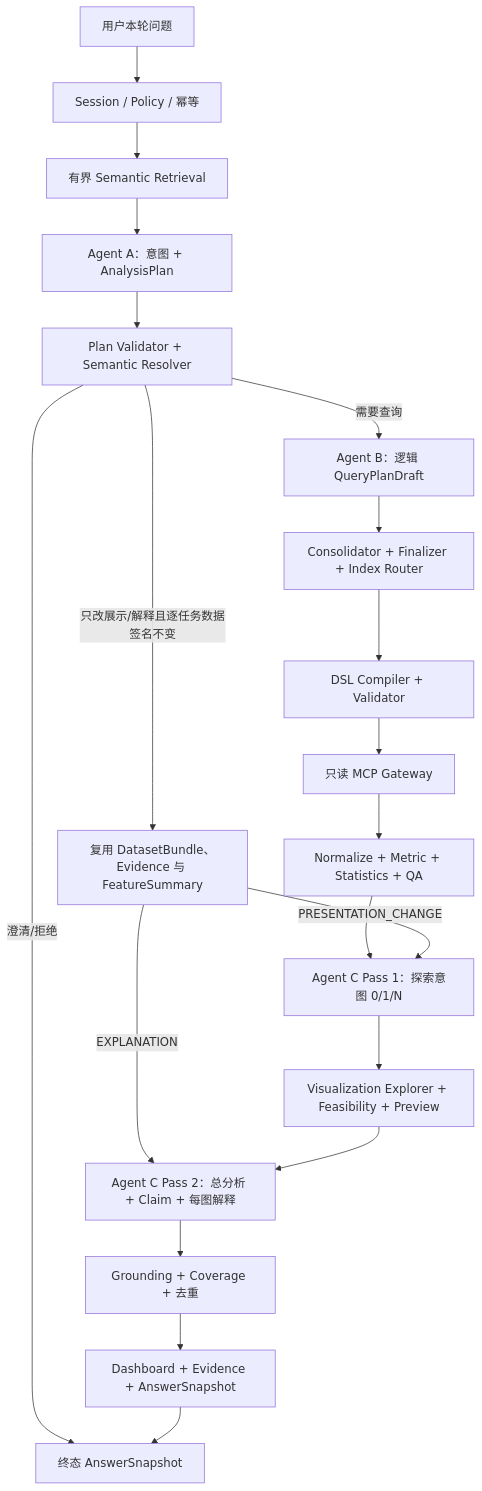
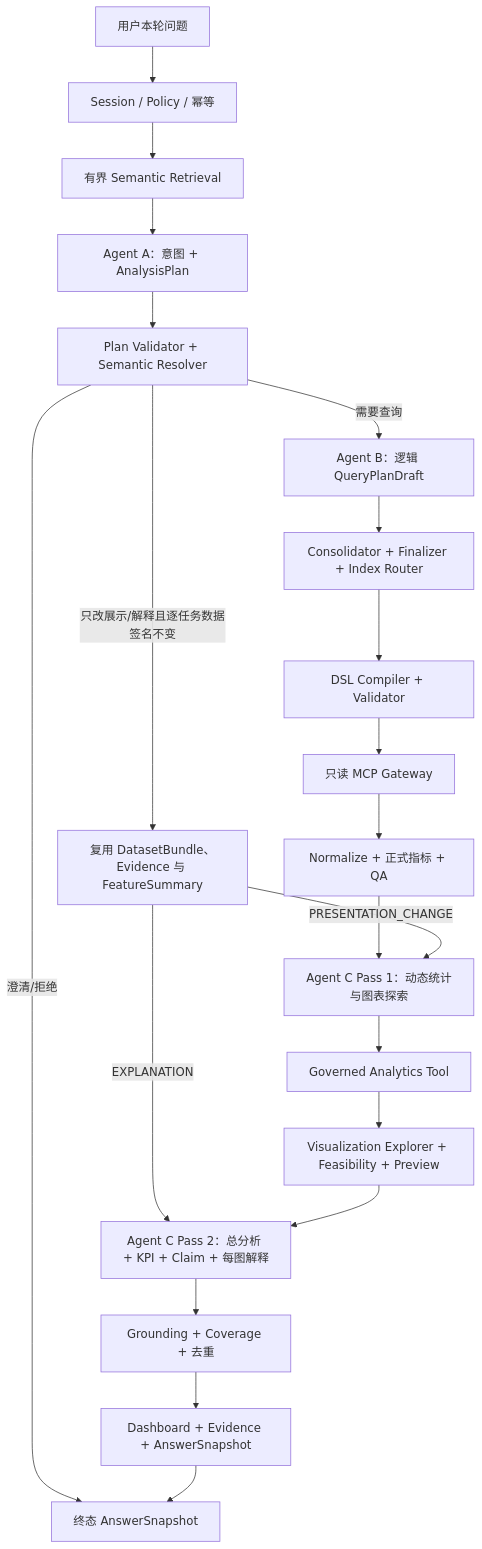
The diagram in docs/integration/multi_agent_orchestration.md (Beatrice052/test), drawn with Mermaid before and after one commit. The commit also changed other lines of this file and 54 other files, not shown here.

Commit message:
Implement governed analyst agent workflow

````diff
--- a/docs/integration/multi_agent_orchestration.md
+++ b/docs/integration/multi_agent_orchestration.md
@@ -21,22 +21,23 @@
 ```mermaid
 flowchart TD
     U["用户本轮问题"] --> S["Session / Policy / 幂等"]
     S --> RET["有界 Semantic Retrieval"]
     RET --> A["Agent A：意图 + AnalysisPlan"]
     A --> AR["Plan Validator + Semantic Resolver"]
     AR -->|"澄清/拒绝"| END["终态 AnswerSnapshot"]
     AR -->|"只改展示/解释且逐任务数据签名不变"| REUSE["复用 DatasetBundle、Evidence 与 FeatureSummary"]
     AR -->|"需要查询"| B["Agent B：逻辑 QueryPlanDraft"]
     B --> QV["Consolidator + Finalizer + Index Router"]
     QV --> DSL["DSL Compiler + Validator"]
     DSL --> MCP["只读 MCP Gateway"]
-    MCP --> DATA["Normalize + Metric + Statistics + QA"]
-    DATA --> C1["Agent C Pass 1：探索意图 0/1/N"]
+    MCP --> DATA["Normalize + 正式指标 + QA"]
+    DATA --> C1["Agent C Pass 1：动态统计与图表探索"]
     REUSE -->|"PRESENTATION_CHANGE"| C1
     REUSE -->|"EXPLANATION"| C2
-    C1 --> VX["Visualization Explorer + Feasibility + Preview"]
-    VX --> C2["Agent C Pass 2：总分析 + Claim + 每图解释"]
+    C1 --> ST["Governed Analytics Tool"]
+    ST --> VX["Visualization Explorer + Feasibility + Preview"]
+    VX --> C2["Agent C Pass 2：总分析 + KPI + Claim + 每图解释"]
     C2 --> GR["Grounding + Coverage + 去重"]
     GR --> OUT["Dashboard + Evidence + AnswerSnapshot"]
     OUT --> END
 ```
````
